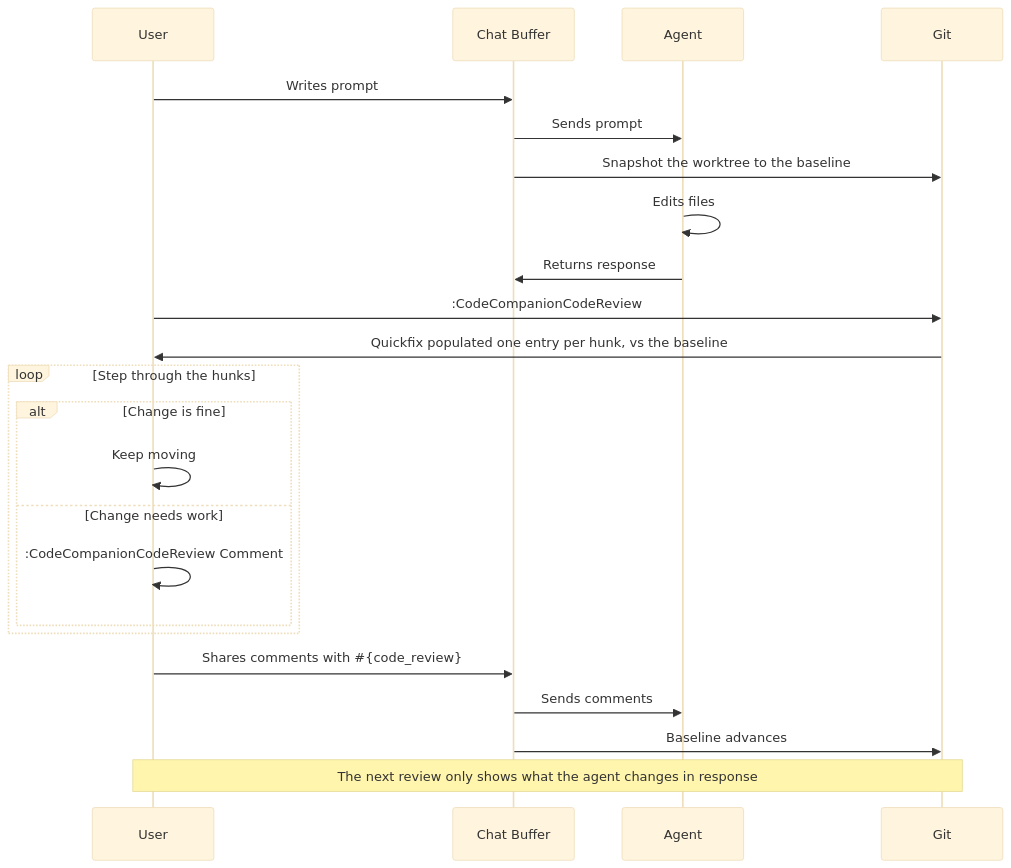
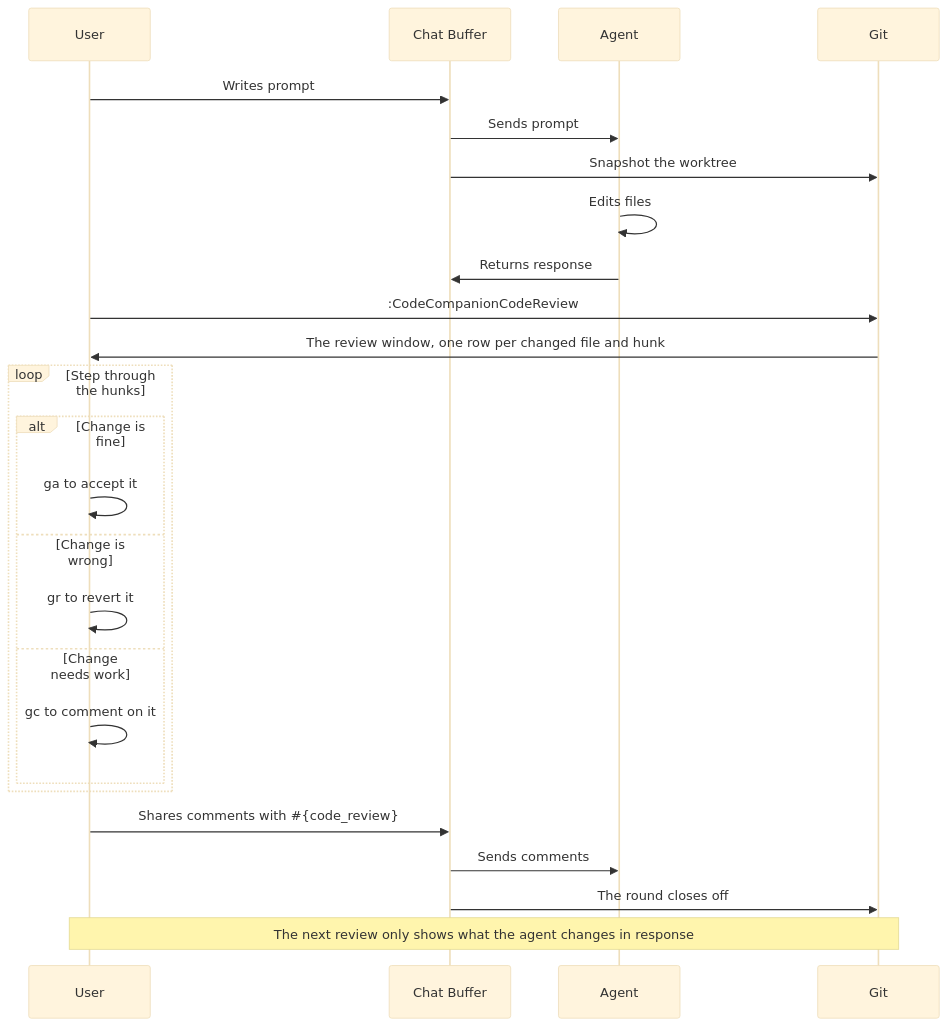
Before and after one commit to olimorris/codecompanion.nvim: the diagram in doc/usage/code-review.md, drawn with Mermaid (base theme). The commit also changed other lines of this file and 29 other files, not shown here.

Commit message:
feat(code_review): show changes in tab and splits (#3411)

````diff
--- a/doc/usage/code-review.md
+++ b/doc/usage/code-review.md
@@ -17,30 +22,32 @@
 ```mermaid
 sequenceDiagram
     participant U as User
     participant C as Chat Buffer
     participant A as Agent
     participant G as Git
 
     U->>C: Writes prompt
     C->>A: Sends prompt
-    C->>G: Snapshot the worktree to the baseline
+    C->>G: Snapshot the worktree
     A->>A: Edits files
     A->>C: Returns response
 
     U->>G: :CodeCompanionCodeReview
-    G->>U: Quickfix populated one entry per hunk, vs the baseline
+    G->>U: The review window, one row per changed file and hunk
 
     loop Step through the hunks
         alt Change is fine
-            U->>U: Keep moving
+            U->>U: ga to accept it
+        else Change is wrong
+            U->>U: gr to revert it
         else Change needs work
-            U->>U: :CodeCompanionCodeReview Comment
+            U->>U: gc to comment on it
         end
     end
 
     U->>C: Shares comments with #35;{code_review}
     C->>A: Sends comments
-    C->>G: Baseline advances
+    C->>G: The round closes off
 
     Note over U,G: The next review only shows what the agent changes in response
 ```
````
